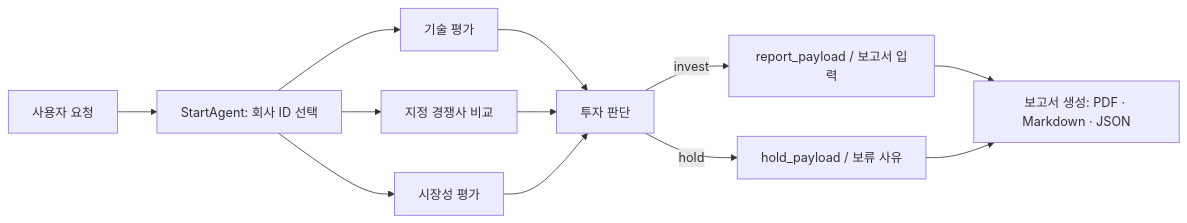
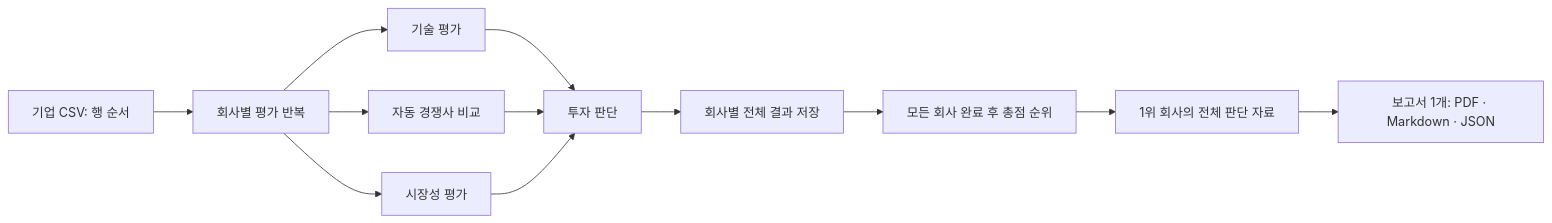
Before and after one commit to SKALA-BlackRubberShoes/gicheol: the diagram in README.md, drawn with Mermaid. The commit also changed other lines of this file and 12 other files, not shown here.

````diff
--- a/README.md
+++ b/README.md
@@ -73,14 +75,14 @@
 ```mermaid
 flowchart LR
-    P["사용자 요청"] --> S["StartAgent: 회사 ID 선택"]
+    P["기업 CSV: 행 순서"] --> S["회사별 평가 반복"]
     S --> T["기술 평가"]
-    S --> C["지정 경쟁사 비교"]
+    S --> C["자동 경쟁사 비교"]
     S --> M["시장성 평가"]
     T --> J["투자 판단"]
     C --> J
     M --> J
-    J -->|invest| R["report_payload / 보고서 입력"]
-    J -->|hold| H["hold_payload / 보류 사유"]
-    R --> F["보고서 생성: PDF · Markdown · JSON"]
-    H --> F
+    J --> A["회사별 전체 결과 저장"]
+    A --> K["모든 회사 완료 후 총점 순위"]
+    K --> W["1위 회사의 전체 판단 자료"]
+    W --> F["보고서 1개: PDF · Markdown · JSON"]
 ```
````
